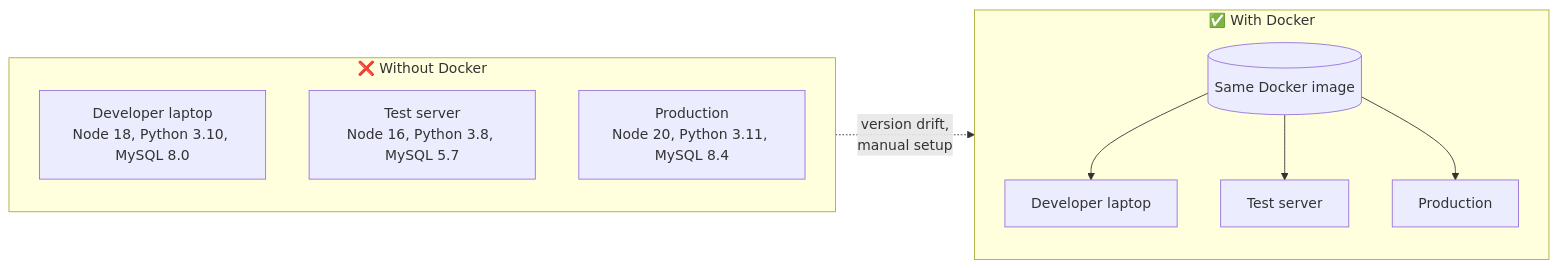
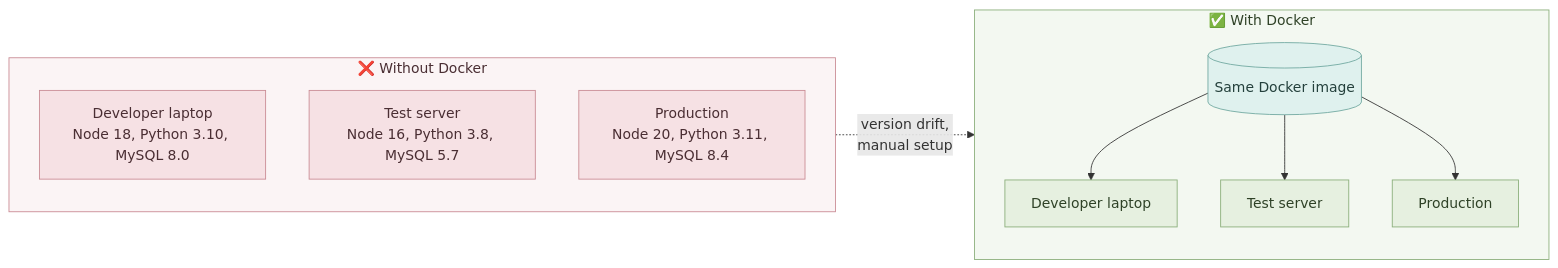
Before and after one commit to saurabhchachre013/docker101: the first of 10 diagrams in Docker101.md, drawn with Mermaid. The commit also changed other lines of this file and 2 other files, not shown here.

````diff
--- a/Docker101.md
+++ b/Docker101.md
@@ -31,19 +32,28 @@
 ```mermaid
 flowchart LR
     subgraph Without["❌ Without Docker"]
         direction TB
-        D1[Developer laptop<br/>Node 18, Python 3.10, MySQL 8.0]
-        D2[Test server<br/>Node 16, Python 3.8, MySQL 5.7]
-        D3[Production<br/>Node 20, Python 3.11, MySQL 8.4]
+        D1["Developer laptop<br/>Node 18, Python 3.10, MySQL 8.0"]
+        D2["Test server<br/>Node 16, Python 3.8, MySQL 5.7"]
+        D3["Production<br/>Node 20, Python 3.11, MySQL 8.4"]
     end
 
     subgraph With["✅ With Docker"]
         direction TB
-        I[(Same Docker image)]
-        I --> E1[Developer laptop]
-        I --> E2[Test server]
-        I --> E3[Production]
+        I[("Same Docker image")]
+        I --> E1["Developer laptop"]
+        I --> E2["Test server"]
+        I --> E3["Production"]
     end
 
     Without -. "version drift,<br/>manual setup" .-> With
+
+    classDef bad fill:#F6E1E4,stroke:#C98A93,color:#4A2E33
+    classDef image fill:#DFF1EE,stroke:#6FA8A0,color:#24403C
+    classDef env fill:#E6F0E0,stroke:#8AAE7A,color:#2F4227
+    class D1,D2,D3 bad
+    class I image
+    class E1,E2,E3 env
+    style Without fill:#FBF4F5,stroke:#C98A93,color:#4A2E33
+    style With fill:#F3F8F1,stroke:#8AAE7A,color:#2F4227
 ```
````
